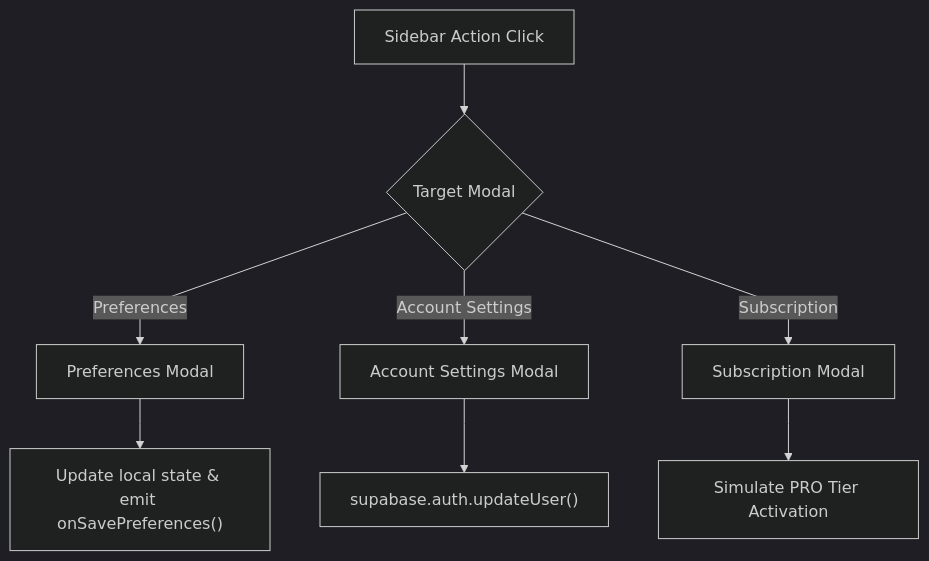
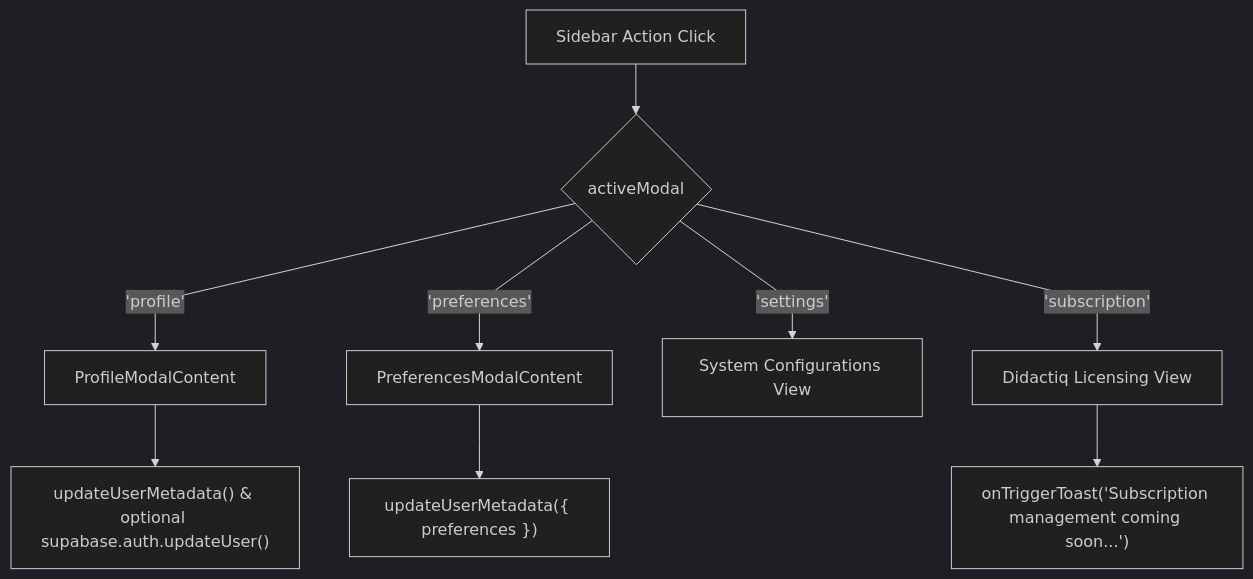
One commit to VictorBravo9er/Teacher-Assistant-Workspace changed the diagram in frontend/src/features/account/code.md. Above: the diagram before and after it, drawn with Mermaid (dark theme). The commit also changed other lines of this file and 43 other files, not shown here.

````diff
--- a/frontend/src/features/account/code.md
+++ b/frontend/src/features/account/code.md
@@ -20,13 +21,14 @@
 ```mermaid
 %%{init: {'flowchart': {'curve': 'linear'}}}%%
 flowchart TD
-    SidebarTrigger["Sidebar Action Click"] --> SelectModal{"Target Modal"}
+    SidebarTrigger["Sidebar Action Click"] --> SelectModal{"activeModal"}
     
-    SelectModal -- "Preferences" --> Prefs["Preferences Modal"]
-    SelectModal -- "Account Settings" --> AccSettings["Account Settings Modal"]
-    SelectModal -- "Subscription" --> SubModal["Subscription Modal"]
+    SelectModal -- "'profile'" --> Profile["ProfileModalContent"]
+    SelectModal -- "'preferences'" --> Prefs["PreferencesModalContent"]
+    SelectModal -- "'settings'" --> Settings["System Configurations View"]
+    SelectModal -- "'subscription'" --> SubModal["Didactiq Licensing View"]
     
-    Prefs --> SavePrefs["Update local state & emit onSavePreferences()"]
-    AccSettings --> SupabaseAuth["supabase.auth.updateUser()"]
-    SubModal --> CheckoutAction["Simulate PRO Tier Activation"]
+    Profile --> MetadataAuth["updateUserMetadata() & optional supabase.auth.updateUser()"]
+    Prefs --> SavePrefs["updateUserMetadata({ preferences })"]
+    SubModal --> Toast["onTriggerToast('Subscription management coming soon...')"]
 ```
````
